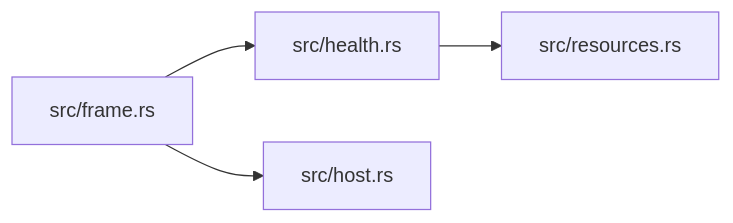
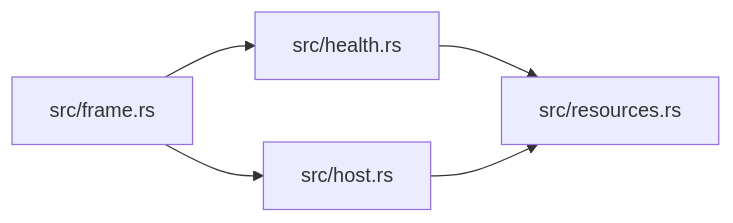
Before and after one commit to xcrtp/zela: the diagram in docs/modules/zela-egui.md, drawn with Mermaid. The commit also changed other lines of this file and 154 other files, not shown here.

````diff
--- a/docs/modules/zela-egui.md
+++ b/docs/modules/zela-egui.md
@@ -29,10 +29,11 @@
 ```mermaid
 graph LR
     f0["src/frame.rs"]
     f1["src/health.rs"]
     f2["src/host.rs"]
     f3["src/resources.rs"]
     f0 --> f1
     f0 --> f2
     f1 --> f3
+    f2 --> f3
 ```
````
